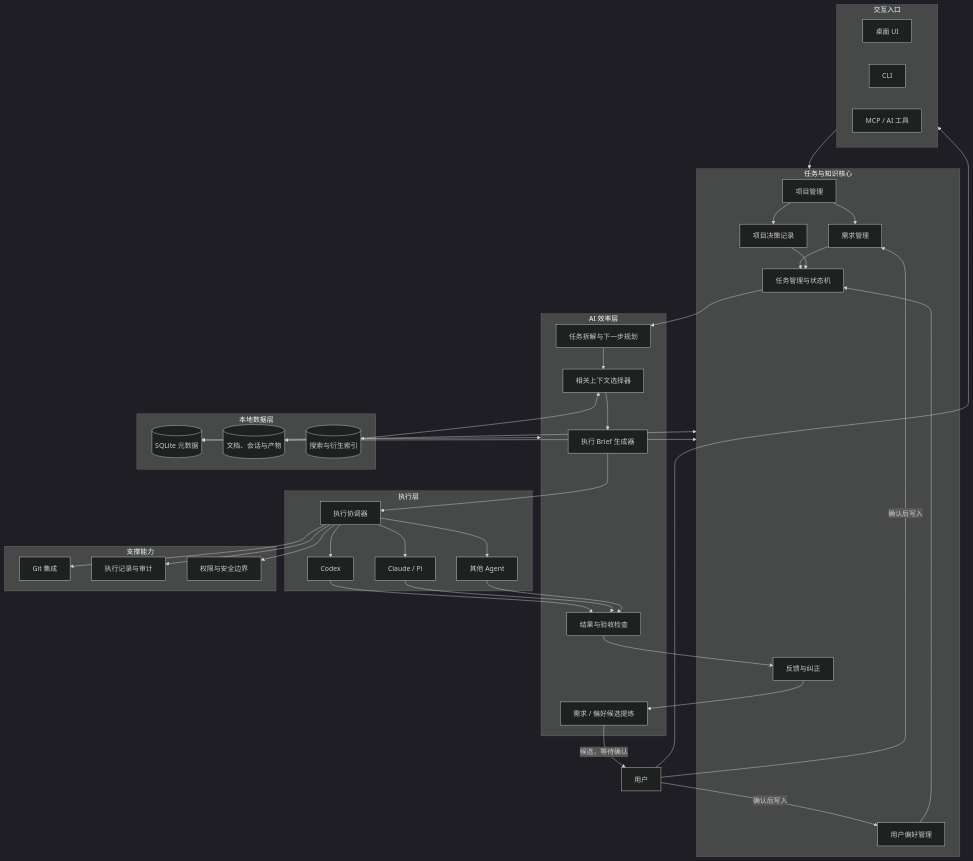
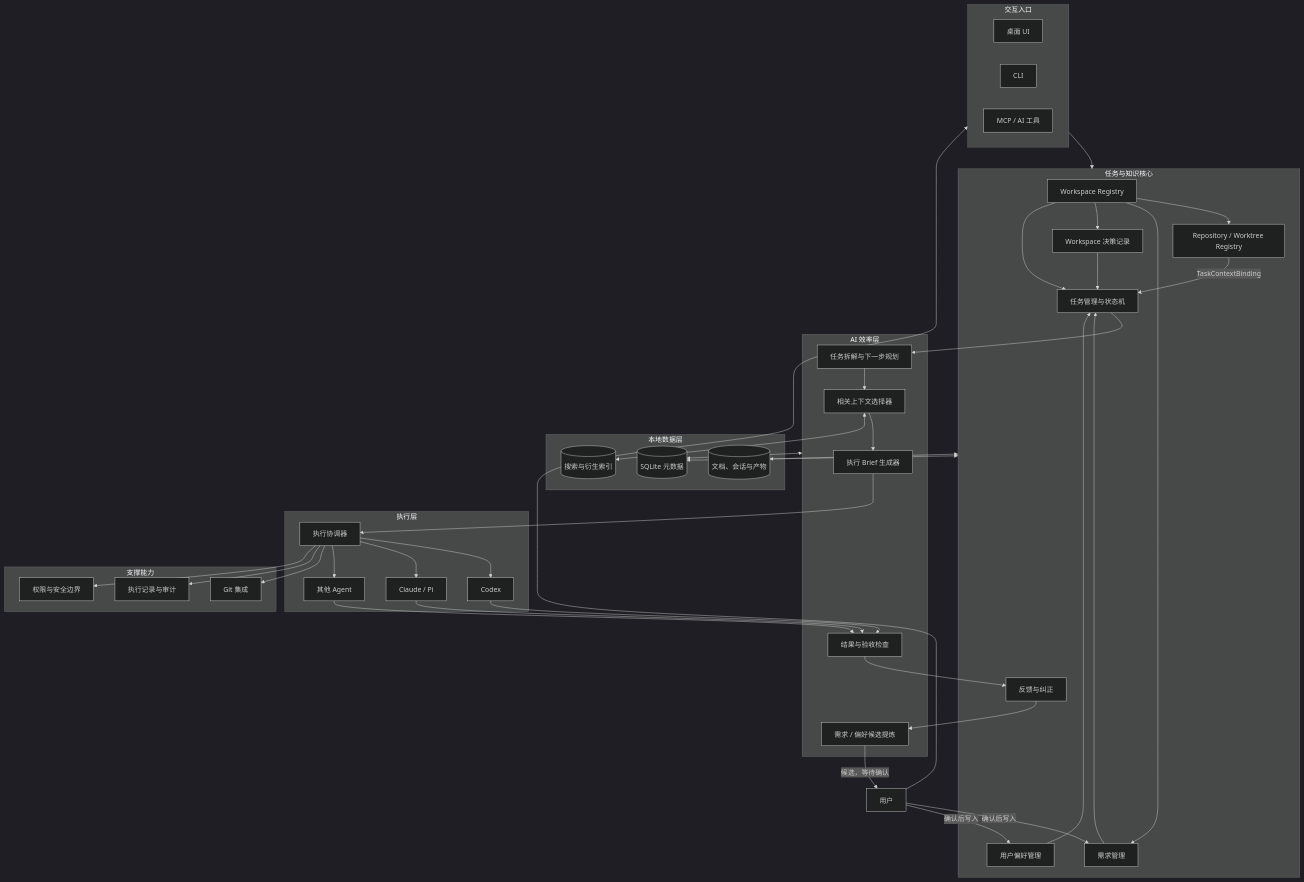
Before and after one commit to cecil-su/agent-steward: the diagram in docs/v1/13-product-architecture.md, drawn with Mermaid (dark theme). The commit also changed other lines of this file and 22 other files, not shown here.

```diff
--- a/docs/v1/13-product-architecture.md
+++ b/docs/v1/13-product-architecture.md
@@ -13,10 +13,11 @@
     end
 
     subgraph Core[任务与知识核心]
-        PM[项目管理]
+        Workspace[Workspace Registry]
+        Repo[Repository / Worktree Registry]
         RM[需求管理]
         Pref[用户偏好管理]
-        Decision[项目决策记录]
+        Decision[Workspace 决策记录]
         Task[任务管理与状态机]
         Feedback[反馈与纠正]
     end
@@ -51,8 +52,11 @@
     User --> Access
     Access --> Core
 
-    PM --> RM
-    PM --> Decision
+    Workspace --> Repo
+    Workspace --> RM
+    Workspace --> Decision
+    Workspace --> Task
+    Repo -->|TaskContextBinding| Task
     RM --> Task
     Pref --> Task
     Decision --> Task
```
